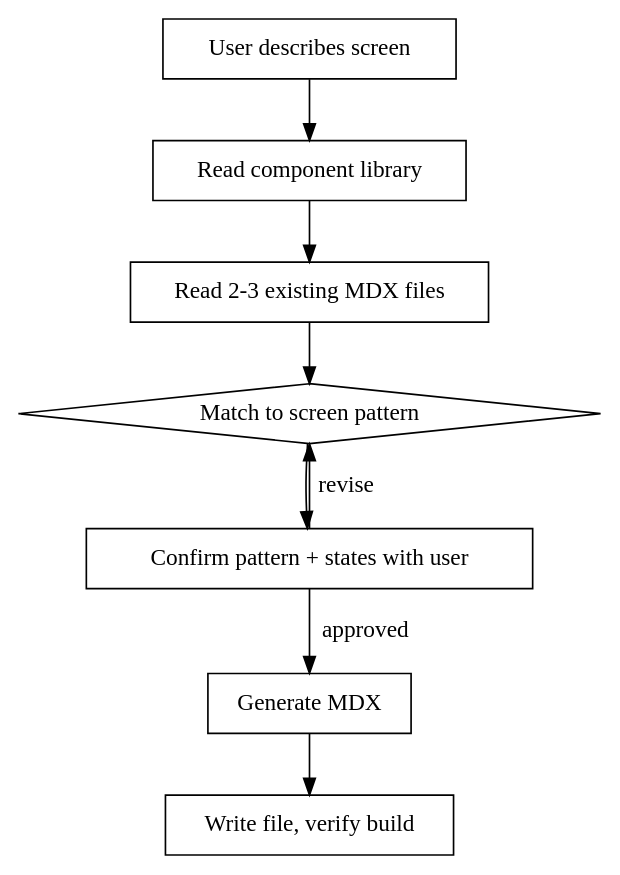
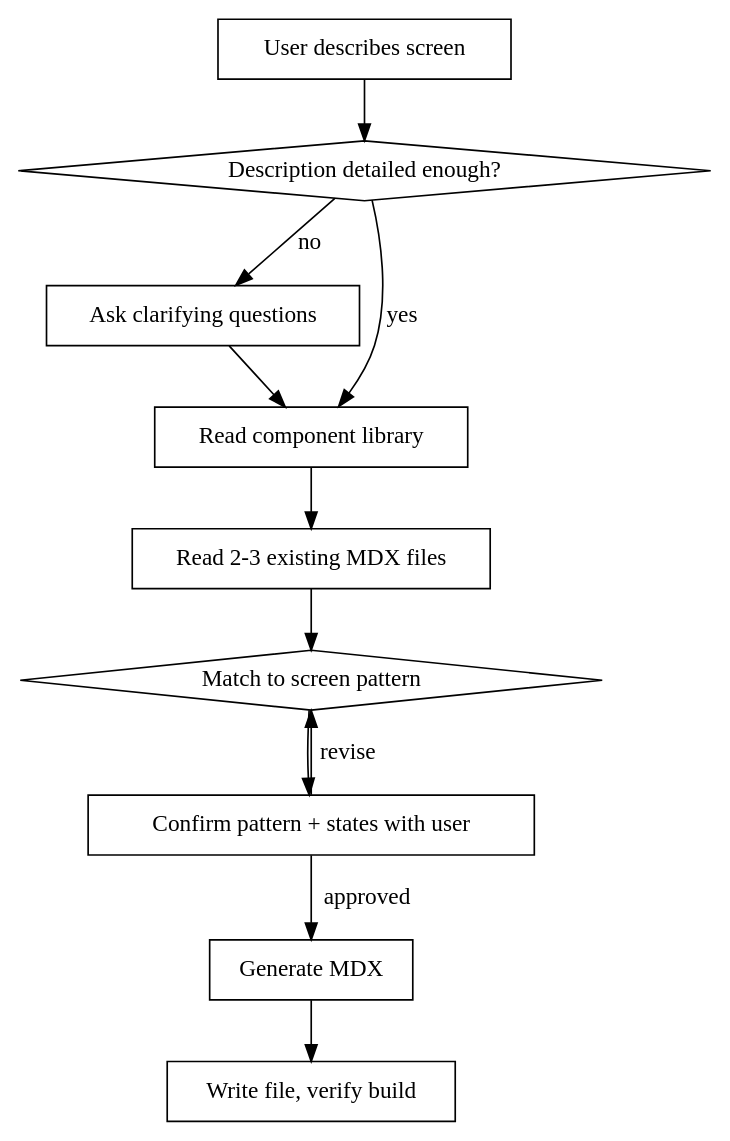
Before and after one commit to tini-works/preview-tool: the diagram in .claude/skills/generate-screen/SKILL.md, drawn with Graphviz. The commit also changed other lines of this file and 4 other files, not shown here.

````diff
--- a/.claude/skills/generate-screen/SKILL.md
+++ b/.claude/skills/generate-screen/SKILL.md
@@ -7,19 +7,24 @@
 ```dot
 digraph generate {
   "User describes screen" [shape=box];
+  "Description detailed enough?" [shape=diamond];
+  "Ask clarifying questions" [shape=box];
   "Read component library" [shape=box];
   "Read 2-3 existing MDX files" [shape=box];
   "Match to screen pattern" [shape=diamond];
   "Confirm pattern + states with user" [shape=box];
   "Generate MDX" [shape=box];
   "Write file, verify build" [shape=box];
 
-  "User describes screen" -> "Read component library";
+  "User describes screen" -> "Description detailed enough?";
+  "Description detailed enough?" -> "Read component library" [label="yes"];
+  "Description detailed enough?" -> "Ask clarifying questions" [label="no"];
+  "Ask clarifying questions" -> "Read component library";
   "Read component library" -> "Read 2-3 existing MDX files";
   "Read 2-3 existing MDX files" -> "Match to screen pattern";
   "Match to screen pattern" -> "Confirm pattern + states with user";
   "Confirm pattern + states with user" -> "Generate MDX" [label="approved"];
   "Confirm pattern + states with user" -> "Match to screen pattern" [label="revise"];
   "Generate MDX" -> "Write file, verify build";
 }
 ```
````
